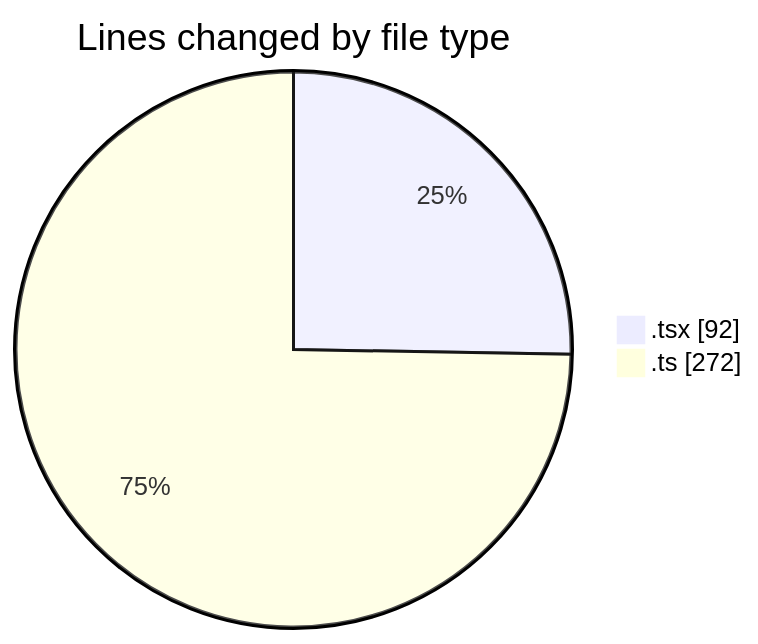
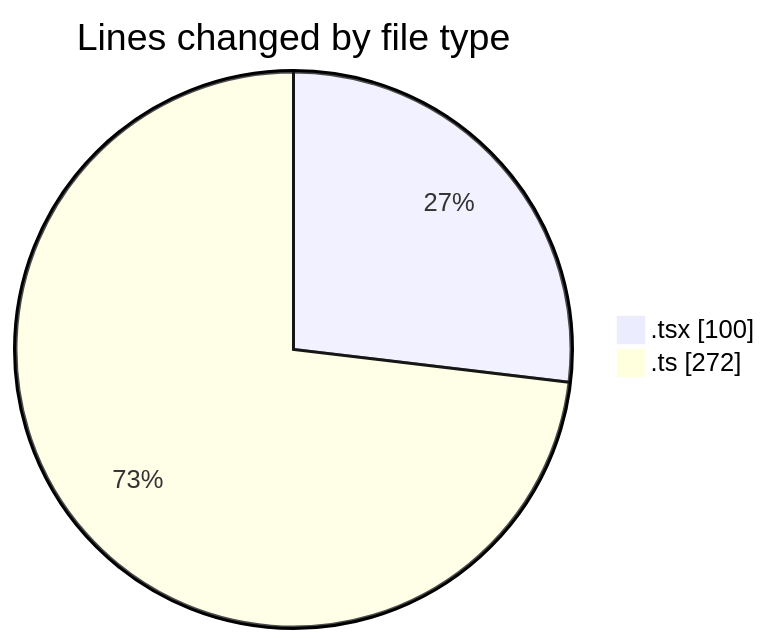
The first of 2 diagrams in 2025-03-17/audiobooks-web/README.md (robertbonfada/code-tracking), drawn with Mermaid before and after one commit. The commit also changed other lines of this file and 1 other file, not shown here.

````diff
--- a/2025-03-17/audiobooks-web/README.md
+++ b/2025-03-17/audiobooks-web/README.md
@@ -23,6 +23,6 @@
 ```mermaid
 pie showData
 title Lines changed by file type
-".tsx" : 92
+".tsx" : 100
 ".ts" : 272
 ```
````
